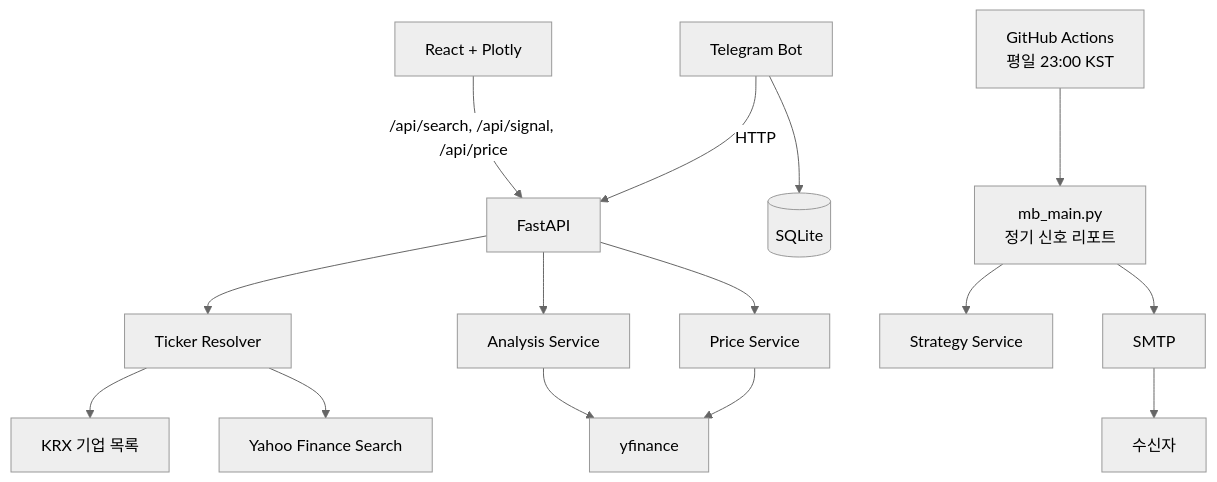
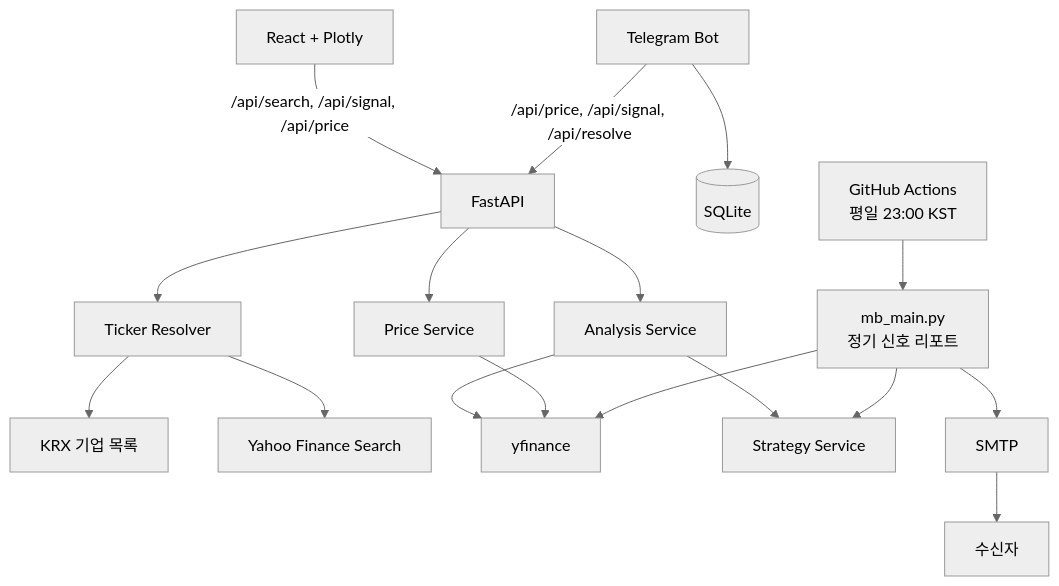
Before and after one commit to internalforces/quant_al: the first of 5 diagrams in docs/architecture.md, drawn with Mermaid (neutral theme). The commit also changed other lines of this file and 1 other file, not shown here.

Commit message:
docs: address architecture diagram review feedback

````diff
--- a/docs/architecture.md
+++ b/docs/architecture.md
@@ -5,17 +5,19 @@
 ```mermaid
 flowchart TB
     FE["React + Plotly"] -->|"/api/search, /api/signal, /api/price"| API["FastAPI"]
-    BOT["Telegram Bot"] -->|"HTTP"| API
+    BOT["Telegram Bot"] -->|"/api/price, /api/signal, /api/resolve"| API
     API --> RES["Ticker Resolver"]
     API --> ANALYSIS["Analysis Service"]
     API --> PRICE["Price Service"]
     RES --> KRX["KRX 기업 목록"]
     RES --> YSEARCH["Yahoo Finance Search"]
     ANALYSIS --> YF["yfinance"]
+    ANALYSIS --> STRATEGY["Strategy Service"]
     PRICE --> YF
     BOT --> ALIAS[("SQLite")]
     SCHEDULE["GitHub Actions\n평일 23:00 KST"] --> REPORT["mb_main.py\n정기 신호 리포트"]
-    REPORT --> STRATEGY["Strategy Service"]
+    REPORT --> YF
+    REPORT --> STRATEGY
     REPORT --> SMTP["SMTP"]
     SMTP --> RECIPIENTS["수신자"]
 ```
````
